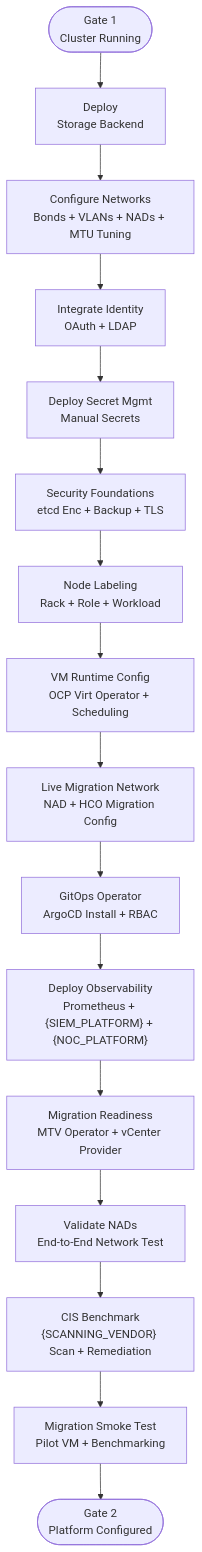
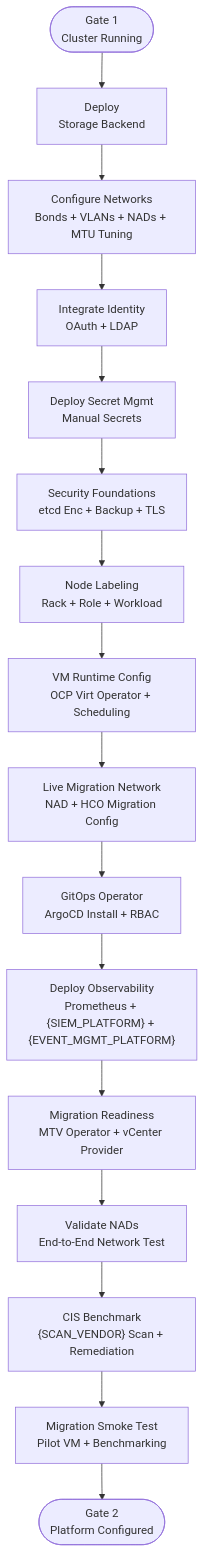
One commit to stratus-ss/arch-design-doc-generator changed the second of 2 diagrams in templates/LLD/Template_OCP-V_LLD_Phase2_Platform_Build.md. Above: the diagram before and after it, drawn with Mermaid. The commit also changed other lines of this file and 12 other files, not shown here.

````diff
--- a/templates/LLD/Template_OCP-V_LLD_Phase2_Platform_Build.md
+++ b/templates/LLD/Template_OCP-V_LLD_Phase2_Platform_Build.md
@@ -60,18 +60,18 @@
 ```mermaid
 flowchart TB
     G1(["Gate 1\nCluster Running"]) --> STOR["Deploy\nStorage Backend"]
     STOR --> NET["Configure Networks\nBonds + VLANs + NADs + MTU Tuning"]
     NET --> IAM["Integrate Identity\nOAuth + LDAP"]
     IAM --> SEC["Deploy Secret Mgmt\nManual Secrets"]
     SEC --> SECFOUND["Security Foundations\netcd Enc + Backup + TLS"]
     SECFOUND --> LABELS["Node Labeling\nRack + Role + Workload"]
     LABELS --> VMRT["VM Runtime Config\nOCP Virt Operator + Scheduling"]
     VMRT --> MIGNET["Live Migration Network\nNAD + HCO Migration Config"]
     MIGNET --> GITOPS["GitOps Operator\nArgoCD Install + RBAC"]
-    GITOPS --> OBS["Deploy Observability\nPrometheus + {SIEM_PLATFORM} + {NOC_PLATFORM}"]
+    GITOPS --> OBS["Deploy Observability\nPrometheus + {SIEM_PLATFORM} + {EVENT_MGMT_PLATFORM}"]
     OBS --> MTV["Migration Readiness\nMTV Operator + vCenter Provider"]
     MTV --> NADVAL["Validate NADs\nEnd-to-End Network Test"]
-    NADVAL --> CIS["CIS Benchmark\n{SCANNING_VENDOR} Scan + Remediation"]
+    NADVAL --> CIS["CIS Benchmark\n{SCAN_VENDOR} Scan + Remediation"]
     CIS --> SMOKE["Migration Smoke Test\nPilot VM + Benchmarking"]
     SMOKE --> GATE2(["Gate 2\nPlatform Configured"])
 ```
````
